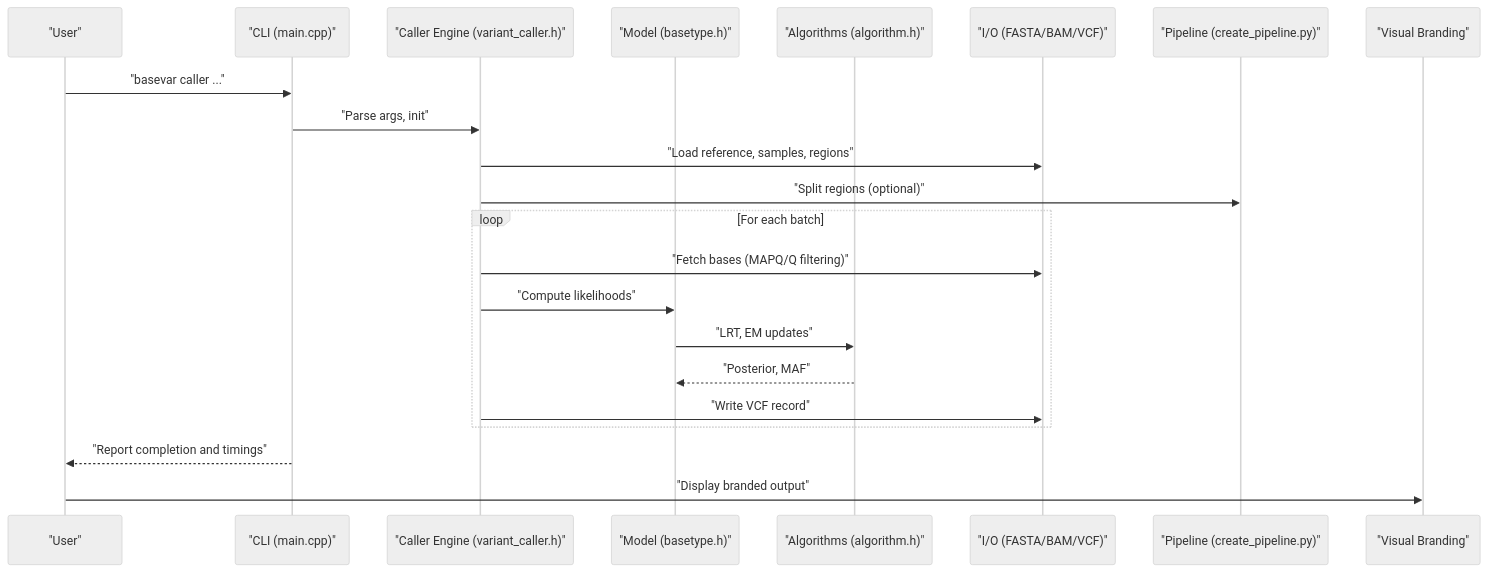
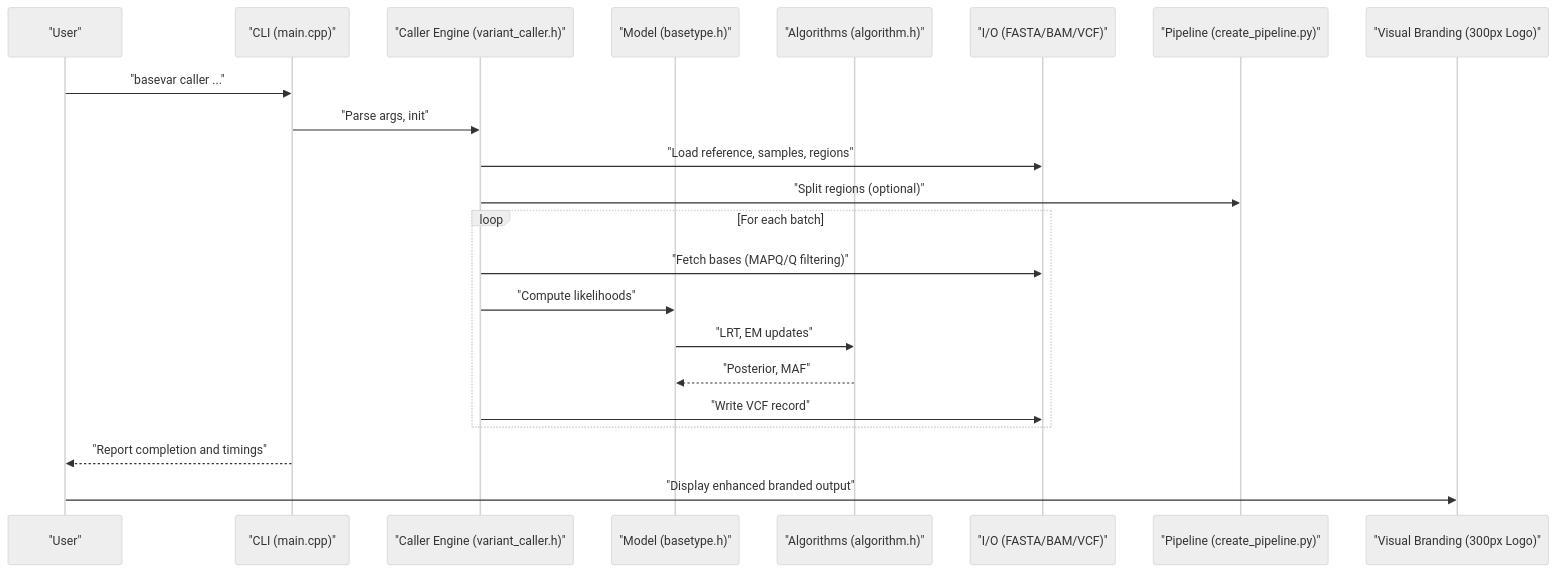
Before and after one commit to ShujiaHuang/BaseVar2: the second of 7 diagrams in .qoder/repowiki/en/content/Project Overview/Project Overview.md, drawn with Mermaid (neutral theme). The commit also changed other lines of this file and 6 other files, not shown here.

````diff
--- a/.qoder/repowiki/en/content/Project Overview/Project Overview.md
+++ b/.qoder/repowiki/en/content/Project Overview/Project Overview.md
@@ -158,24 +163,24 @@
 ```mermaid
 sequenceDiagram
 participant U as "User"
 participant CLI as "CLI (main.cpp)"
 participant ENG as "Caller Engine (variant_caller.h)"
 participant MOD as "Model (basetype.h)"
 participant ALG as "Algorithms (algorithm.h)"
 participant IO as "I/O (FASTA/BAM/VCF)"
 participant PIPE as "Pipeline (create_pipeline.py)"
-participant BRAND as "Visual Branding"
+participant BRAND as "Visual Branding (300px Logo)"
 U->>CLI : "basevar caller ..."
 CLI->>ENG : "Parse args, init"
 ENG->>IO : "Load reference, samples, regions"
 ENG->>PIPE : "Split regions (optional)"
 loop For each batch
 ENG->>IO : "Fetch bases (MAPQ/Q filtering)"
 ENG->>MOD : "Compute likelihoods"
 MOD->>ALG : "LRT, EM updates"
 ALG-->>MOD : "Posterior, MAF"
 ENG->>IO : "Write VCF record"
 end
 CLI-->>U : "Report completion and timings"
-U->>BRAND : "Display branded output"
+U->>BRAND : "Display enhanced branded output"
 ```
````
